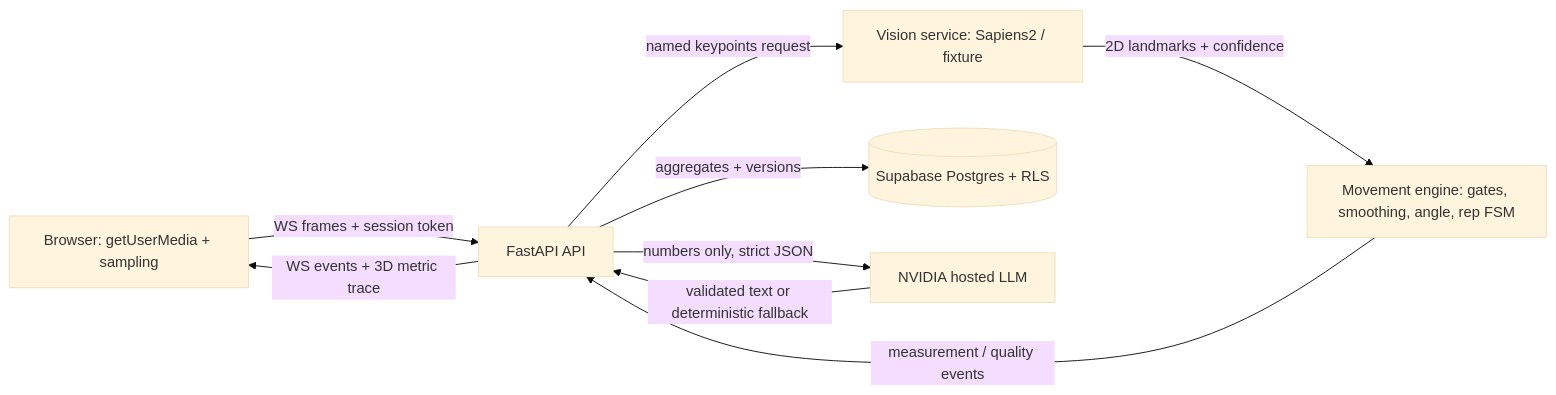
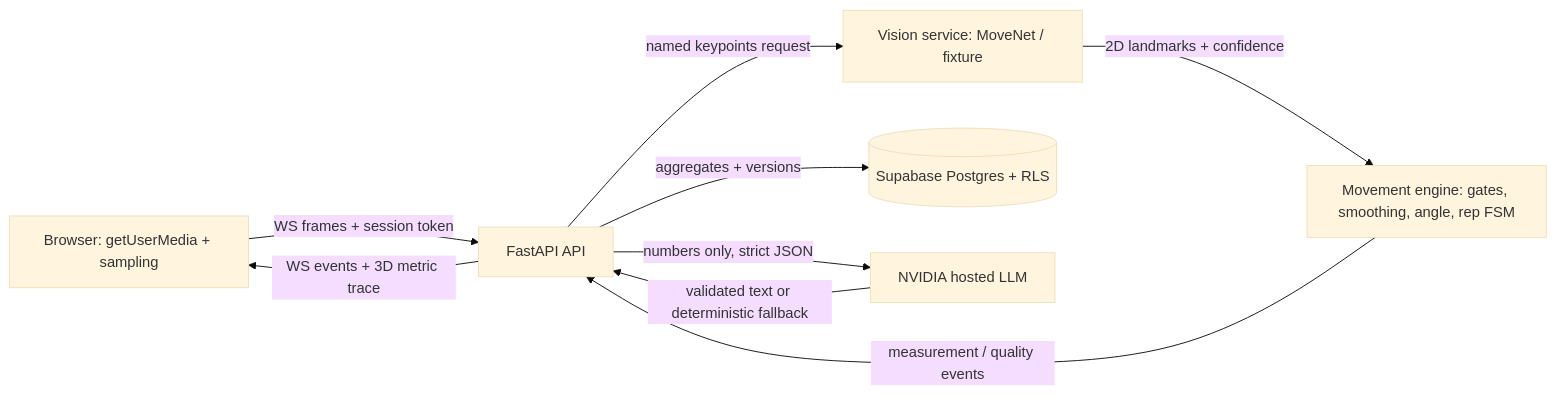
The diagram in docs/backend_guide.md (Mihon-Community/Rehabloop), drawn with Mermaid (base theme) before and after one commit. The commit also changed other lines of this file and 47 other files, not shown here.

````diff
--- a/docs/backend_guide.md
+++ b/docs/backend_guide.md
@@ -30,11 +30,11 @@
 ```mermaid
 flowchart LR
   B[Browser: getUserMedia + sampling] -->|WS frames + session token| API[FastAPI API]
-  API -->|named keypoints request| V[Vision service: Sapiens2 / fixture]
+  API -->|named keypoints request| V[Vision service: MoveNet / fixture]
   V -->|2D landmarks + confidence| E[Movement engine: gates, smoothing, angle, rep FSM]
   E -->|measurement / quality events| API
   API -->|WS events + 3D metric trace| B
   API -->|aggregates + versions| S[(Supabase Postgres + RLS)]
   API -->|numbers only, strict JSON| N[NVIDIA hosted LLM]
   N -->|validated text or deterministic fallback| API
 ```
````
